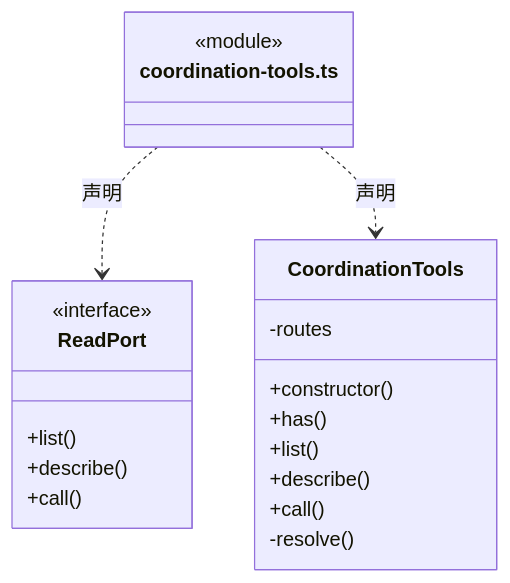
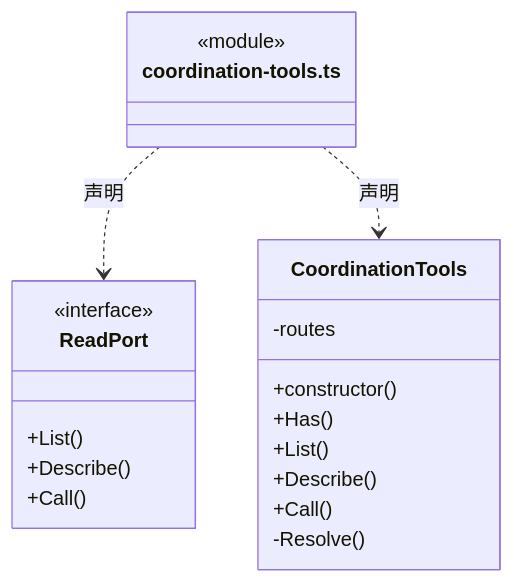
One commit to nan023062/cbim changed the fifth of 24 diagrams in src/logic/tools/runtime/ARCHITECTURE.md. Above: the diagram before and after it, drawn with Mermaid. The commit also changed other lines of this file and 1035 other files, not shown here.

````diff
--- a/src/logic/tools/runtime/ARCHITECTURE.md
+++ b/src/logic/tools/runtime/ARCHITECTURE.md
@@ -94,23 +94,23 @@
 ```mermaid
 classDiagram
 class N_src_logic_tools_runtime_coordination_tools_ts["coordination-tools.ts"] {
   <<module>>
 }
 class N_src_logic_tools_runtime_coordination_tools_ts_ReadPort["ReadPort"] {
   <<interface>>
-  +list()
-  +describe()
-  +call()
+  +List()
+  +Describe()
+  +Call()
 }
 N_src_logic_tools_runtime_coordination_tools_ts ..> N_src_logic_tools_runtime_coordination_tools_ts_ReadPort : 声明
 class N_src_logic_tools_runtime_coordination_tools_ts_CoordinationTools["CoordinationTools"] {
   +constructor()
-  +has()
-  +list()
-  +describe()
-  +call()
+  +Has()
+  +List()
+  +Describe()
+  +Call()
   -routes
-  -resolve()
+  -Resolve()
 }
 N_src_logic_tools_runtime_coordination_tools_ts ..> N_src_logic_tools_runtime_coordination_tools_ts_CoordinationTools : 声明
 ```
````
